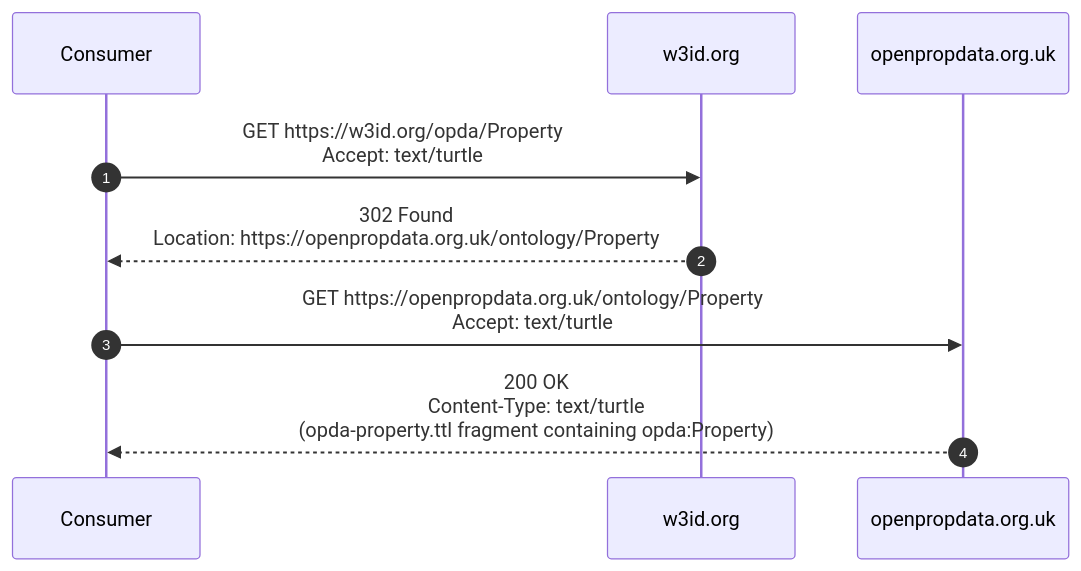
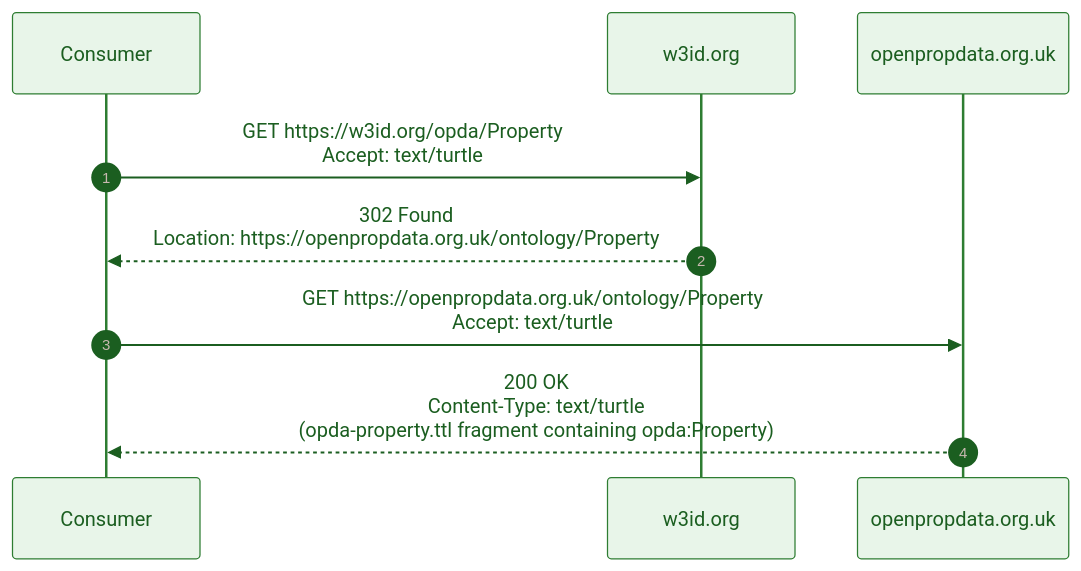
The first of 2 diagrams in docs/manual/physical-database/content-negotiation/README.md (sparkling/opda), drawn with Mermaid before and after one commit. The commit also changed other lines of this file and 36 other files, not shown here.

First line of the commit message:
docs(manual): Physical-DB tier — per-module breakdown + diagram expansion

````diff
--- a/docs/manual/physical-database/content-negotiation/README.md
+++ b/docs/manual/physical-database/content-negotiation/README.md
@@ -7,11 +12,15 @@
 ```mermaid
+%%{init: {"theme": "base", "themeVariables": {"primaryColor": "#E8F5E9", "primaryTextColor": "#1B5E20", "primaryBorderColor": "#2E7D32", "lineColor": "#37474F"}}}%%
 sequenceDiagram
     autonumber
+    accTitle: w3id.org redirect chain for ontology dereference
+    accDescr: Shows a consumer GETting an OPDA entity at w3id.org, getting a 302 redirect to openpropdata.org.uk, then GETting the redirect target and receiving Turtle.
+
     participant C as Consumer
     participant W as w3id.org
     participant O as openpropdata.org.uk
     C->>W: GET https://w3id.org/opda/Property<br/>Accept: text/turtle
     W-->>C: 302 Found<br/>Location: https://openpropdata.org.uk/ontology/Property
     C->>O: GET https://openpropdata.org.uk/ontology/Property<br/>Accept: text/turtle
     O-->>C: 200 OK<br/>Content-Type: text/turtle<br/>(opda-property.ttl fragment containing opda:Property)
 ```
````
